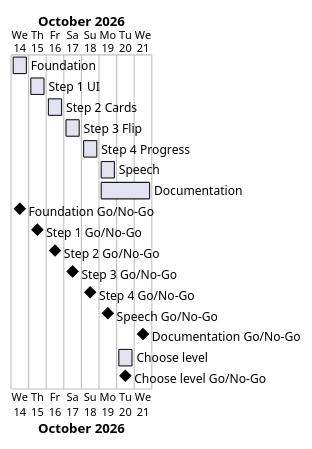
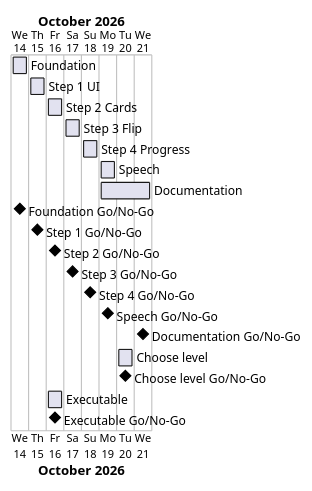
One commit to Tirsvad-Udemy-100-days-of-code/031-flash-card changed the diagram in docs/project-plan.md. Above: the diagram before and after it, drawn with PlantUML. The commit also changed other lines of this file and 13 other files, not shown here.

````diff
--- a/docs/project-plan.md
+++ b/docs/project-plan.md
@@ -44,21 +46,23 @@
 ```plantuml
 @startgantt
 Project starts 2026-10-14
 [Foundation] starts 2026-10-14 and ends 2026-10-14
 [Step 1 UI] starts 2026-10-15 and ends 2026-10-15
 [Step 2 Cards] starts 2026-10-16 and ends 2026-10-16
 [Step 3 Flip] starts 2026-10-17 and ends 2026-10-17
 [Step 4 Progress] starts 2026-10-18 and ends 2026-10-18
 [Speech] starts 2026-10-19 and ends 2026-10-19
 [Documentation] starts 2026-10-19 and ends 2026-10-21
 [Foundation Go/No-Go] happens 2026-10-14
 [Step 1 Go/No-Go] happens 2026-10-15
 [Step 2 Go/No-Go] happens 2026-10-16
 [Step 3 Go/No-Go] happens 2026-10-17
 [Step 4 Go/No-Go] happens 2026-10-18
 [Speech Go/No-Go] happens 2026-10-19
 [Documentation Go/No-Go] happens 2026-10-21
 [Choose level] starts 2026-10-20 and ends 2026-10-20
 [Choose level Go/No-Go] happens 2026-10-20
+[Executable] starts 2026-10-16 and ends 2026-10-16
+[Executable Go/No-Go] happens 2026-10-16
 @endgantt
 ```
````
